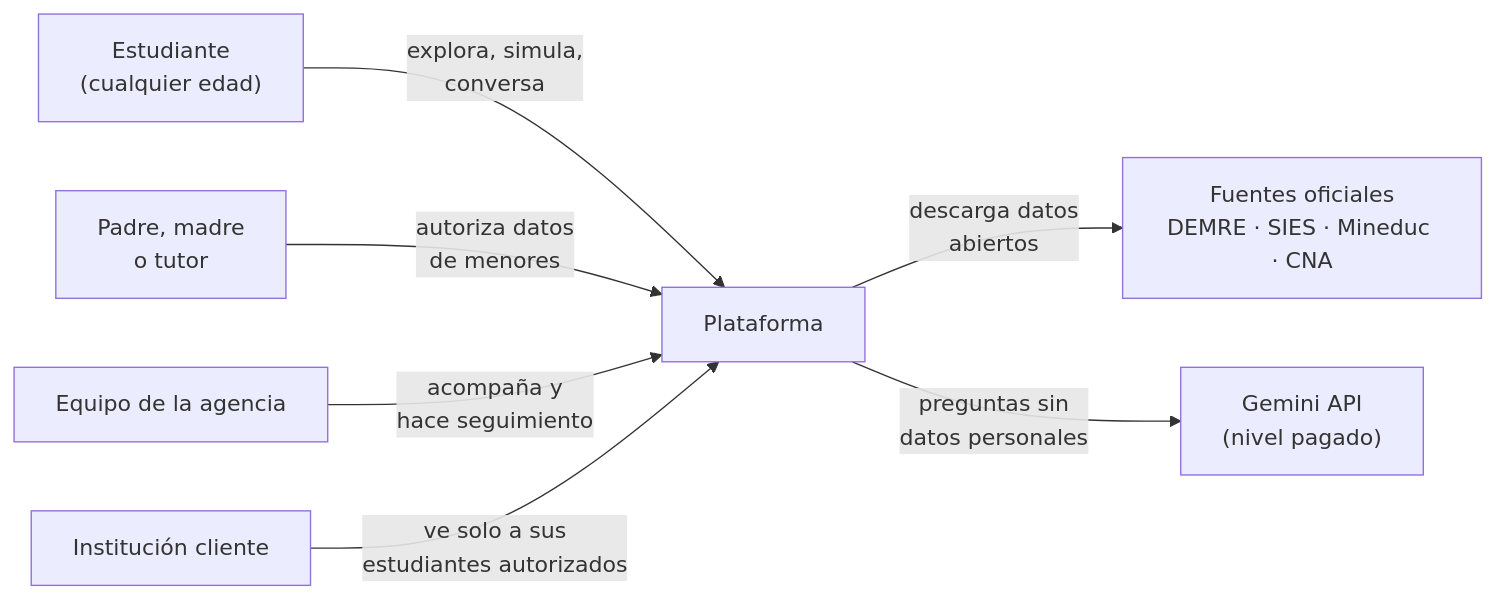
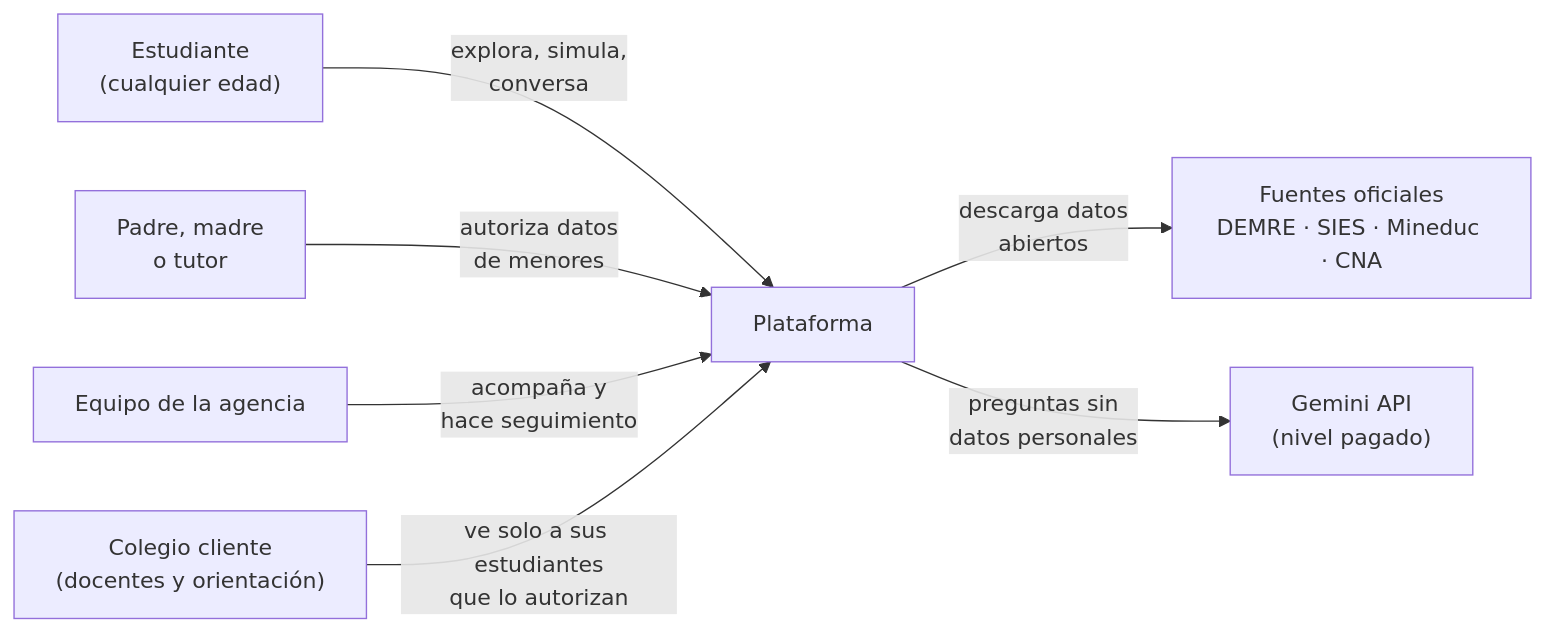
One commit to AE-SE/Agencia-de-Enlaces-y-Seguimiento-Estudiantil changed the first of 7 diagrams in docs/arquitectura.md. Above: the diagram before and after it, drawn with Mermaid. The commit also changed other lines of this file and 69 other files, not shown here.

````diff
--- a/docs/arquitectura.md
+++ b/docs/arquitectura.md
@@ -11,9 +13,9 @@
 ```mermaid
 flowchart LR
     E["Estudiante<br/>(cualquier edad)"] -->|"explora, simula,<br/>conversa"| P["Plataforma"]
     T["Padre, madre<br/>o tutor"] -->|"autoriza datos<br/>de menores"| P
     A["Equipo de la agencia"] -->|"acompaña y<br/>hace seguimiento"| P
-    I["Institución cliente"] -->|"ve solo a sus<br/>estudiantes autorizados"| P
+    I["Colegio cliente<br/>(docentes y orientación)"] -->|"ve solo a sus estudiantes<br/>que lo autorizan"| P
     P -->|"descarga datos<br/>abiertos"| F["Fuentes oficiales<br/>DEMRE · SIES · Mineduc · CNA"]
     P -->|"preguntas sin<br/>datos personales"| G["Gemini API<br/>(nivel pagado)"]
 ```
````
